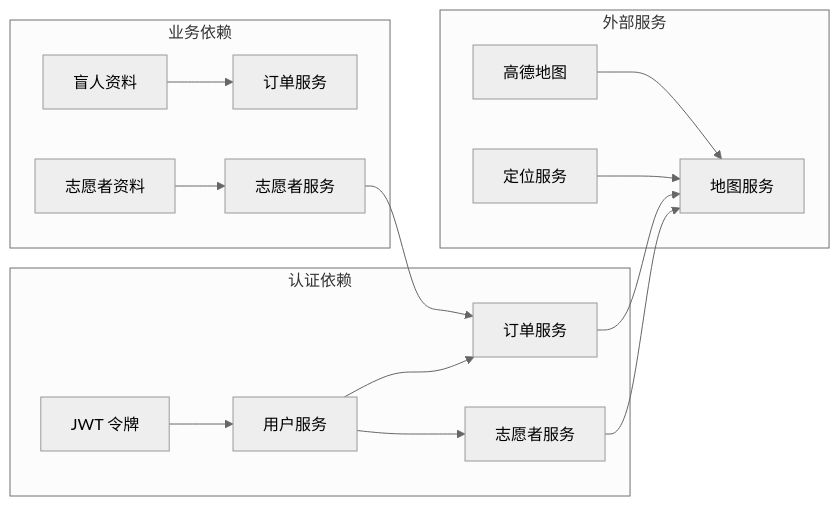
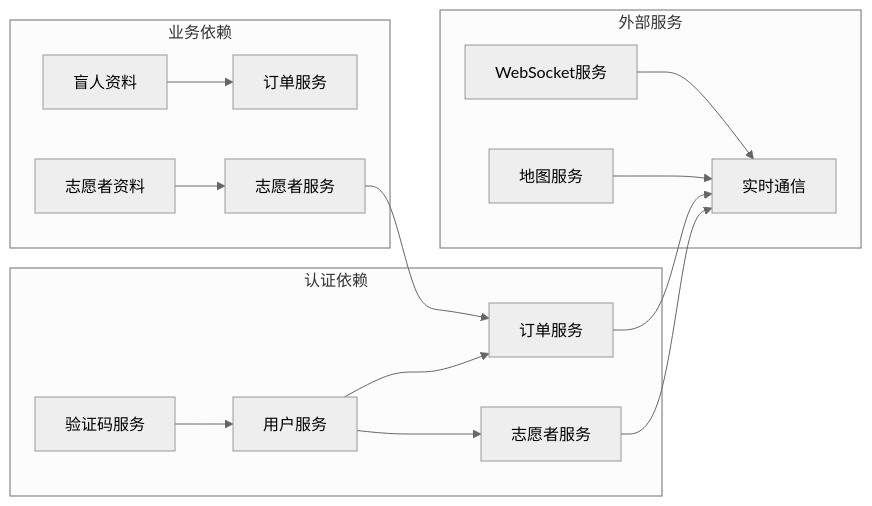
Before and after one commit to Jayden23018/blind-run-ios: the seventh of 8 diagrams in .qoder/repowiki/zh/content/API 接口文档/API 接口文档.md, drawn with Mermaid (neutral theme). The commit also changed other lines of this file and 23 other files, not shown here.

Commit message:
Implement MVP booking and volunteer flow updates

````diff
--- a/.qoder/repowiki/zh/content/API 接口文档/API 接口文档.md
+++ b/.qoder/repowiki/zh/content/API 接口文档/API 接口文档.md
@@ -1370,19 +1210,19 @@
 ```mermaid
 graph LR
 subgraph "认证依赖"
-A[JWT 令牌] --> B[用户服务]
+A[验证码服务] --> B[用户服务]
 B --> C[订单服务]
 B --> D[志愿者服务]
 end
 subgraph "业务依赖"
 E[盲人资料] --> F[订单服务]
 G[志愿者资料] --> H[志愿者服务]
 H --> C
 end
 subgraph "外部服务"
-I[高德地图] --> J[地图服务]
-K[定位服务] --> J
+I[WebSocket服务] --> J[实时通信]
+K[地图服务] --> J
 end
 C --> J
 D --> J
 ```
````
